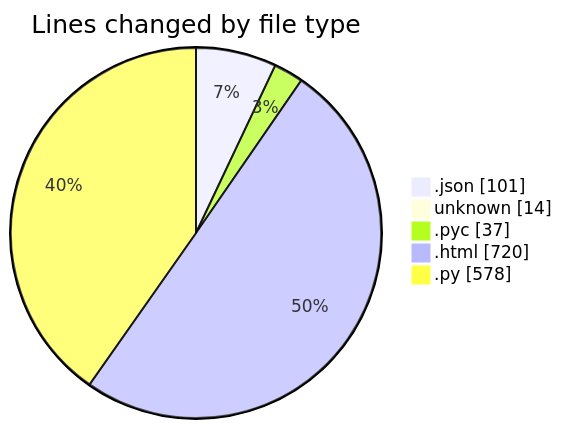
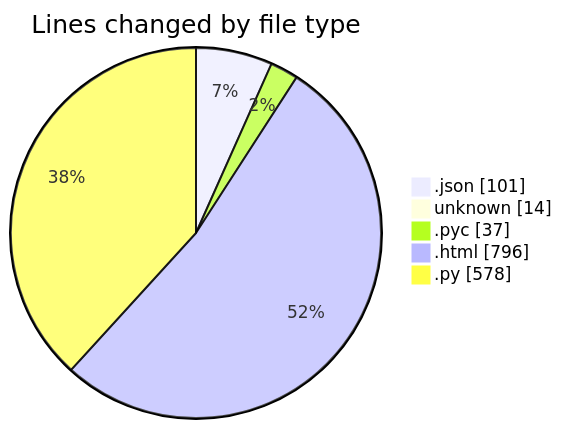
The first of 2 diagrams in 2025-04-23/heypy/README.md (Elitesun/code-tracking), drawn with Mermaid before and after one commit. The commit also changed other lines of this file and 1 other file, not shown here.

````diff
--- a/2025-04-23/heypy/README.md
+++ b/2025-04-23/heypy/README.md
@@ -25,9 +25,9 @@
 ```mermaid
 pie showData
 title Lines changed by file type
 ".json" : 101
 "unknown" : 14
 ".pyc" : 37
-".html" : 720
+".html" : 796
 ".py" : 578
 ```
````
